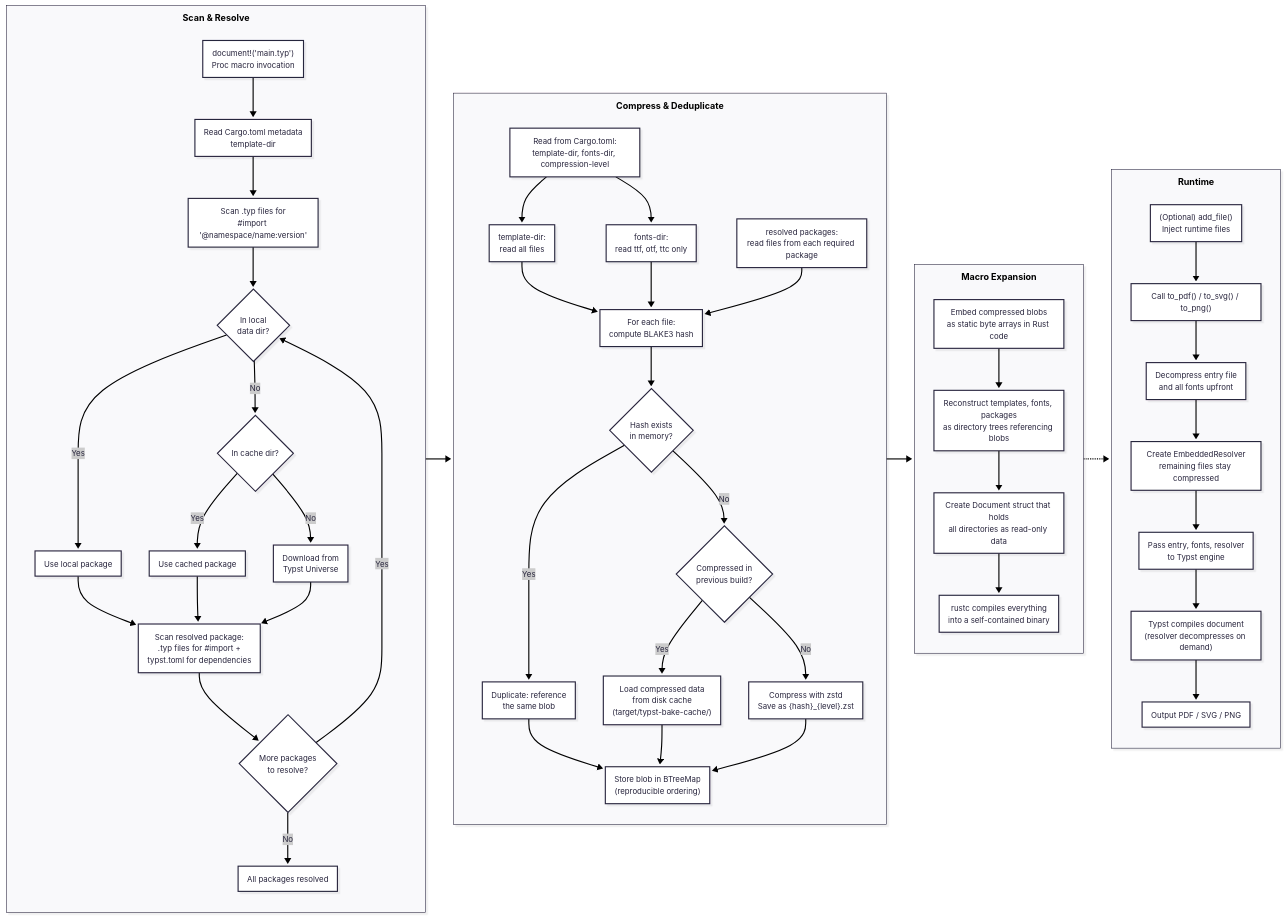
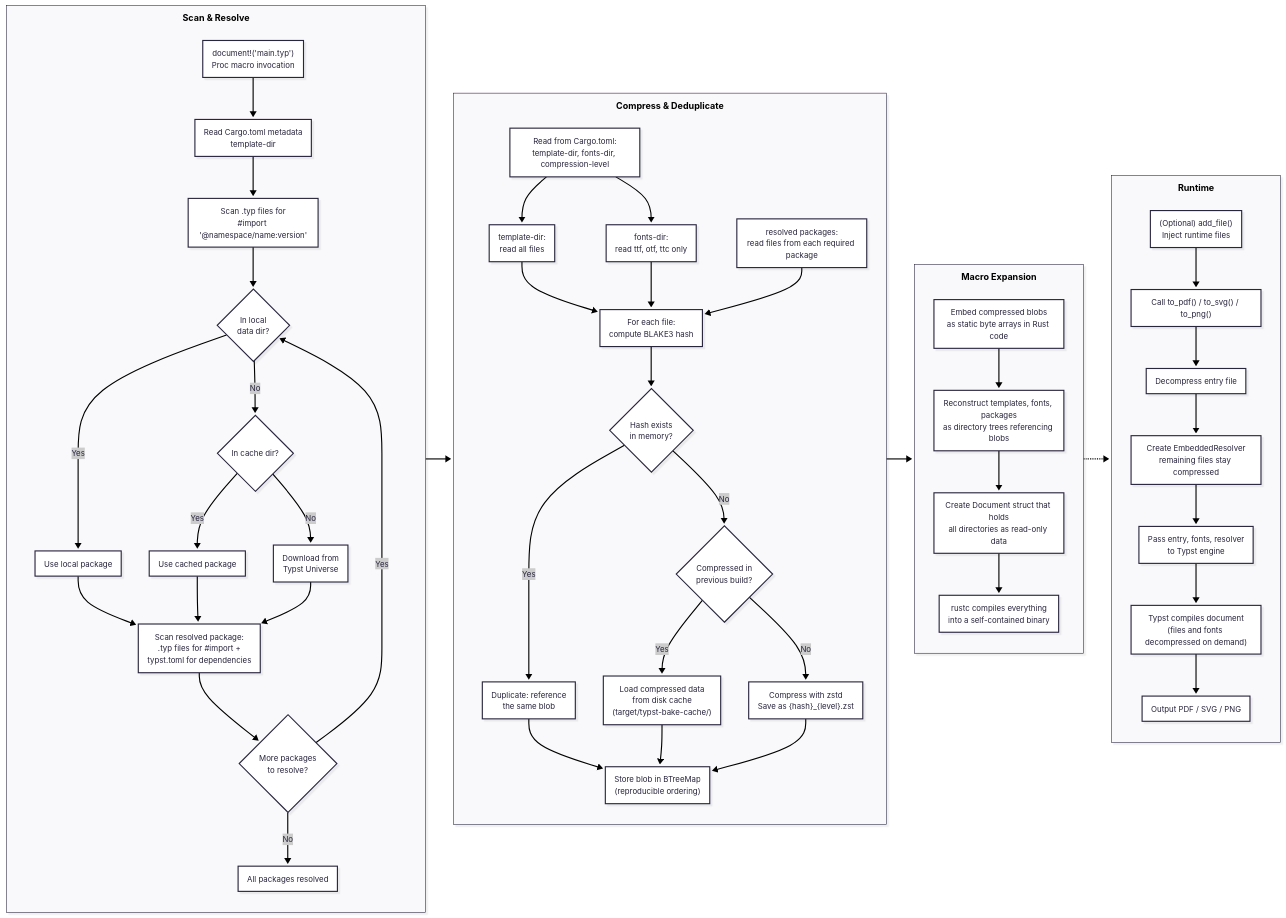
The diagram in docs/architecture.mmd (elgar328/typst-bake), drawn with Mermaid before and after one commit. The commit also changed 13 other files, not shown here.

```diff
--- a/docs/architecture.mmd
+++ b/docs/architecture.mmd
@@ -1,65 +1,65 @@
 ---
 config:
   layout: dagre
   theme: redux
   look: neo
   flowchart:
     subGraphTitleMargin:
       top: 10
       bottom: 15
 ---
 flowchart LR
     subgraph scan_download["Scan & Resolve"]
         direction TB
         P1["document!('main.typ')<br/>Proc macro invocation"]
         P1 --> P2["Read Cargo.toml metadata<br/>template-dir"]
         P2 --> P3["Scan .typ files for<br/>#import '@namespace/name:version'"]
         P3 --> P4{"In local<br/>data dir?"}
         P4 -- Yes --> P5["Use local package"]
         P4 -- No --> P4b{"In cache dir?"}
         P4b -- Yes --> P5b["Use cached package"]
         P4b -- No --> P6["Download from<br/>Typst Universe"]
         P5 & P5b & P6 --> P7["Scan resolved package:<br/>.typ files for #import +<br/>typst.toml for dependencies"]
         P7 --> P8{"More packages<br/>to resolve?"}
         P8 -- Yes --> P4
         P8 -- No --> P9["All packages resolved"]
     end
 
     subgraph compress_dedup["Compress & Deduplicate"]
         direction TB
         C1["Read from Cargo.toml:<br/>template-dir, fonts-dir, compression-level"]
         C1 --> C2T["template-dir:<br/>read all files"]
         C1 --> C2F["fonts-dir:<br/>read ttf, otf, ttc only"]
         C2P["resolved packages:<br/>read files from each required package"]
         C2T & C2F & C2P --> C3["For each file:<br/>compute BLAKE3 hash"]
         C3 --> C4{"Hash exists<br/>in memory?"}
         C4 -- Yes --> C5["Duplicate: reference<br/>the same blob"]
         C4 -- No --> C6{"Compressed in<br/>previous build?"}
         C6 -- Yes --> C7["Load compressed data<br/>from disk cache<br/>(target/typst-bake-cache/)"]
         C6 -- No --> C8["Compress with zstd<br/>Save as {hash}_{level}.zst"]
         C5 & C7 & C8 --> C9["Store blob in BTreeMap<br/>(reproducible ordering)"]
     end
 
     subgraph macro_expansion["Macro Expansion"]
         direction TB
         M1["Embed compressed blobs<br/>as static byte arrays in Rust code"]
         M1 --> M2["Reconstruct templates, fonts, packages<br/>as directory trees referencing blobs"]
         M2 --> M3["Create Document struct that holds<br/>all directories as read-only data"]
         M3 --> M4["rustc compiles everything<br/>into a self-contained binary"]
     end
 
     subgraph runtime["Runtime"]
         direction TB
         R0["(Optional) add_file()<br/>Inject runtime files"]
         R0 --> R1["Call to_pdf() / to_svg() / to_png()"]
-        R1 --> R2["Decompress entry file<br/>and all fonts upfront"]
+        R1 --> R2["Decompress entry file"]
         R2 --> R3["Create EmbeddedResolver<br/>remaining files stay compressed"]
         R3 --> R4["Pass entry, fonts, resolver<br/>to Typst engine"]
-        R4 --> R5["Typst compiles document<br/>(resolver decompresses on demand)"]
+        R4 --> R5["Typst compiles document<br/>(files and fonts decompressed on demand)"]
         R5 --> R6["Output PDF / SVG / PNG"]
     end
 
     scan_download --> compress_dedup --> macro_expansion -.-> runtime
 
     classDef subgraphTitle font-size:16px,font-weight:bold;
     class scan_download,compress_dedup,macro_expansion,runtime subgraphTitle
```
